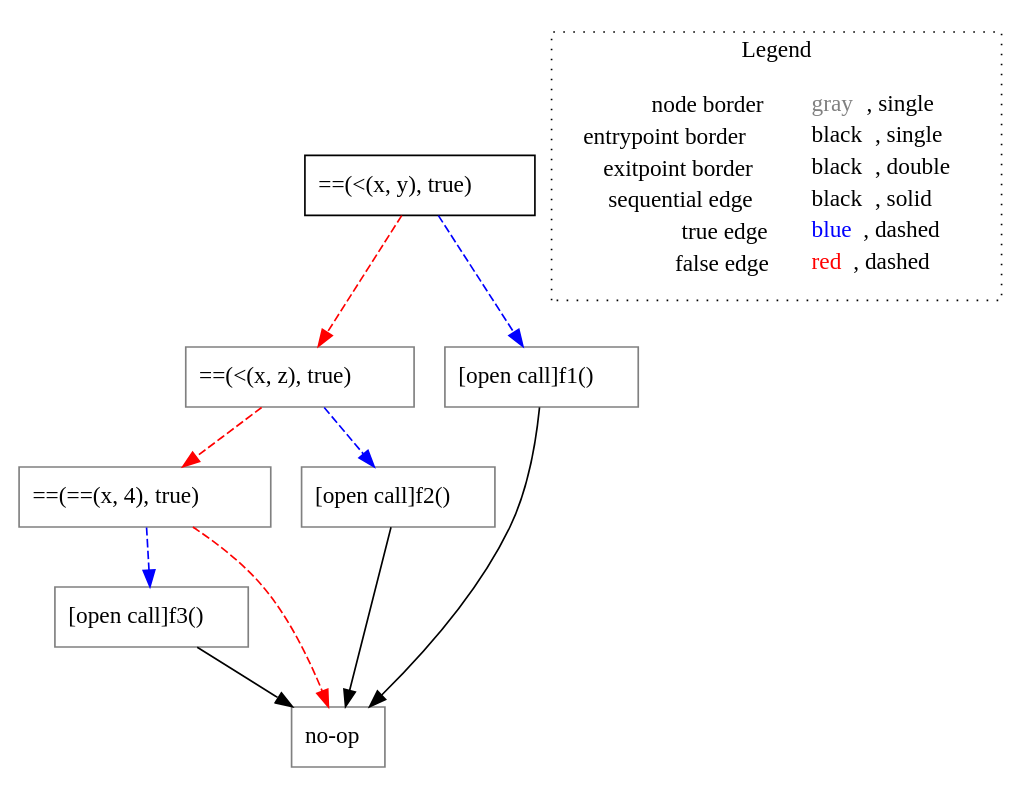
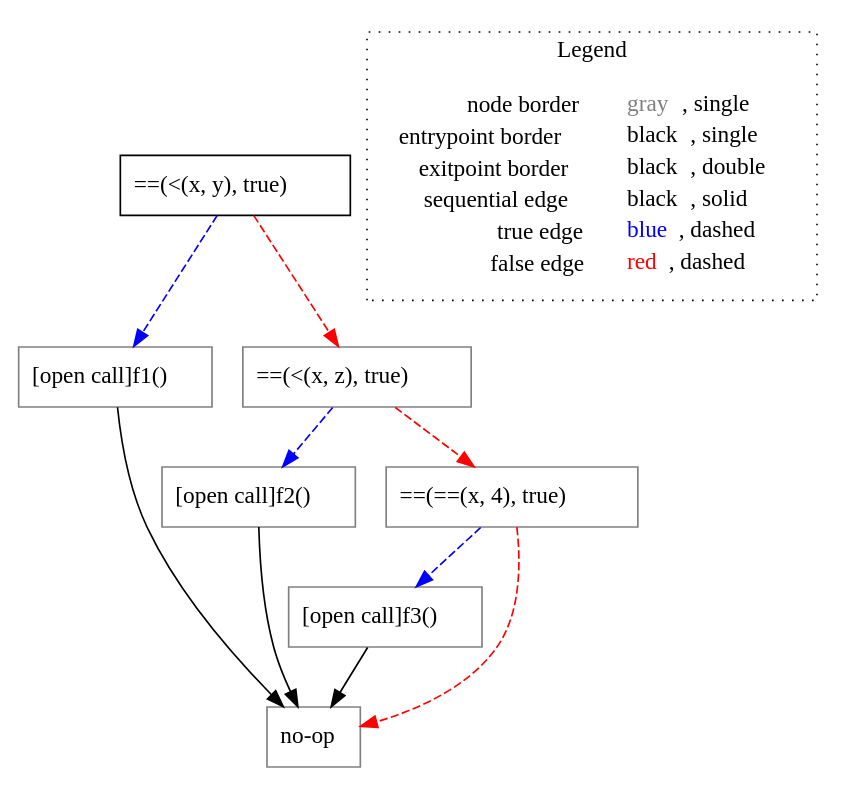
The diagram in go-lisa/test-outputs/switch/untyped_noGuard().dot (lisa-analyzer/go-lisa), drawn with Graphviz before and after one commit. The commit also changed 10 other files, not shown here.

```diff
--- a/go-lisa/test-outputs/switch/untyped_noGuard().dot
+++ b/go-lisa/test-outputs/switch/untyped_noGuard().dot
@@ -1,25 +1,25 @@
 digraph {
 	"node0" [shape="rect",color="black",label=<==(&lt;(x, y), true)>];
-	"node1" [shape="rect",color="gray",label=<==(&lt;(x, z), true)>];
-	"node2" [shape="rect",color="gray",label=<==(==(x, 4), true)>];
+	"node1" [shape="rect",color="gray",label=<[open call]f2()>];
+	"node2" [shape="rect",color="gray",label=<[open call]f1()>];
 	"node3" [shape="rect",color="gray",label=<[open call]f3()>];
-	"node4" [shape="rect",color="gray",label=<no-op>];
-	"node5" [shape="rect",color="gray",label=<[open call]f2()>];
-	"node6" [shape="rect",color="gray",label=<[open call]f1()>];
-	"node1" -> "node2" [color="red",style="dashed"];
-	"node1" -> "node5" [color="blue",style="dashed"];
-	"node2" -> "node3" [color="blue",style="dashed"];
-	"node2" -> "node4" [color="red",style="dashed"];
-	"node0" -> "node1" [color="red",style="dashed"];
-	"node0" -> "node6" [color="blue",style="dashed"];
-	"node3" -> "node4" [color="black"];
-	"node5" -> "node4" [color="black"];
-	"node6" -> "node4" [color="black"];
+	"node4" [shape="rect",color="gray",label=<==(==(x, 4), true)>];
+	"node5" [shape="rect",color="gray",label=<no-op>];
+	"node6" [shape="rect",color="gray",label=<==(&lt;(x, z), true)>];
+	"node1" -> "node5" [color="black"];
+	"node2" -> "node5" [color="black"];
+	"node0" -> "node2" [color="blue",style="dashed"];
+	"node0" -> "node6" [color="red",style="dashed"];
+	"node3" -> "node5" [color="black"];
+	"node4" -> "node3" [color="blue",style="dashed"];
+	"node4" -> "node5" [color="red",style="dashed"];
+	"node6" -> "node1" [color="blue",style="dashed"];
+	"node6" -> "node4" [color="red",style="dashed"];
 subgraph cluster_legend {
 	label="Legend";
 	style=dotted;
 	node [shape=plaintext];
 	"legend" [label=<<table border="0" cellpadding="2" cellspacing="0" cellborder="0"><tr><td align="right">node border&nbsp;</td><td align="left"><font color="gray">gray</font>, single</td></tr><tr><td align="right">entrypoint border&nbsp;</td><td align="left"><font color="black">black</font>, single</td></tr><tr><td align="right">exitpoint border&nbsp;</td><td align="left"><font color="black">black</font>, double</td></tr><tr><td align="right">sequential edge&nbsp;</td><td align="left"><font color="black">black</font>, solid</td></tr><tr><td align="right">true edge&nbsp;</td><td align="left"><font color="blue">blue</font>, dashed</td></tr><tr><td align="right">false edge&nbsp;</td><td align="left"><font color="red">red</font>, dashed</td></tr></table>>];
 }
 
 }
```
